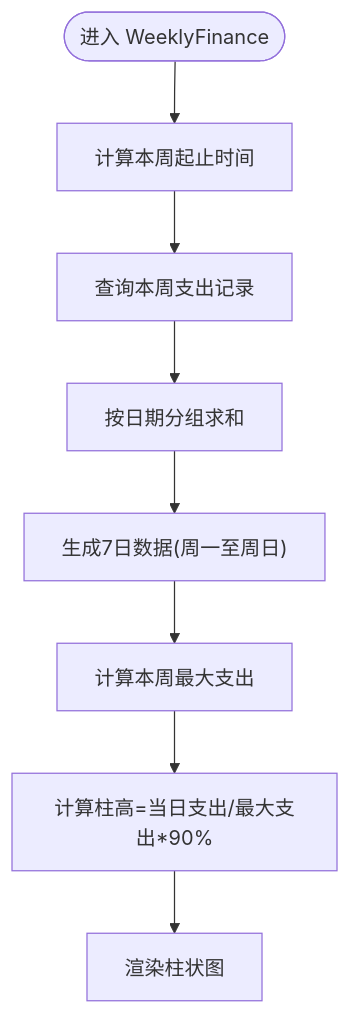
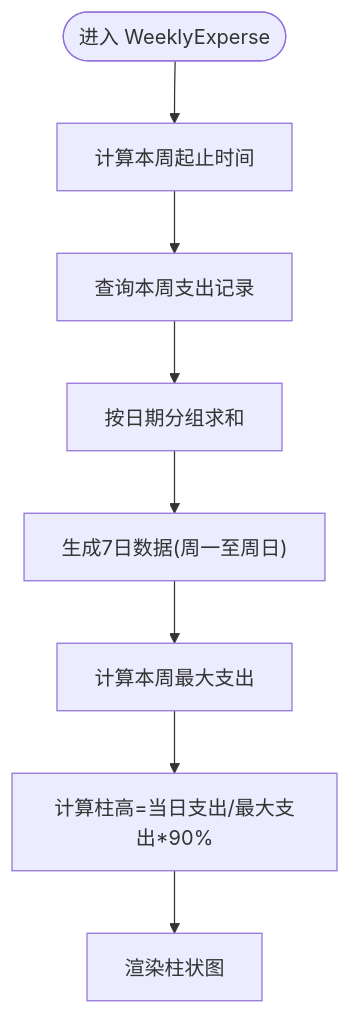
One commit to xiao-lin-unit/yuan changed the fifth of 8 diagrams in .qoder/repowiki/zh/content/支出管理/支出统计分析.md. Above: the diagram before and after it, drawn with Mermaid. The commit also changed other lines of this file and 14 other files, not shown here.

````diff
--- a/.qoder/repowiki/zh/content/支出管理/支出统计分析.md
+++ b/.qoder/repowiki/zh/content/支出管理/支出统计分析.md
@@ -217,10 +227,10 @@
 ```mermaid
 flowchart TD
-Enter(["进入 WeeklyFinance"]) --> WeekRange["计算本周起止时间"]
+Enter(["进入 WeeklyExperse"]) --> WeekRange["计算本周起止时间"]
 WeekRange --> QueryTrans["查询本周支出记录"]
 QueryTrans --> GroupByDate["按日期分组求和"]
 GroupByDate --> GenWeek["生成7日数据(周一至周日)"]
 GenWeek --> Max["计算本周最大支出"]
 Max --> BarHeight["计算柱高=当日支出/最大支出*90%"]
 BarHeight --> Render["渲染柱状图"]
 ```
````
